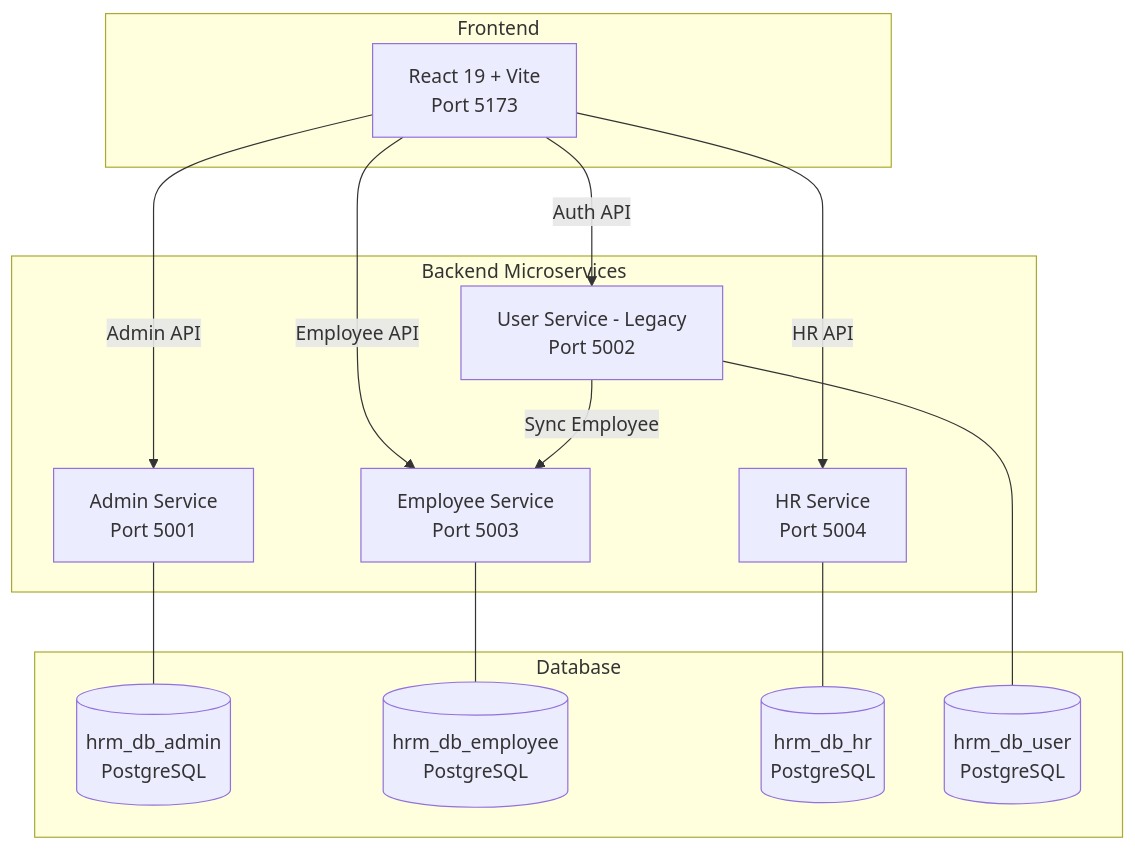
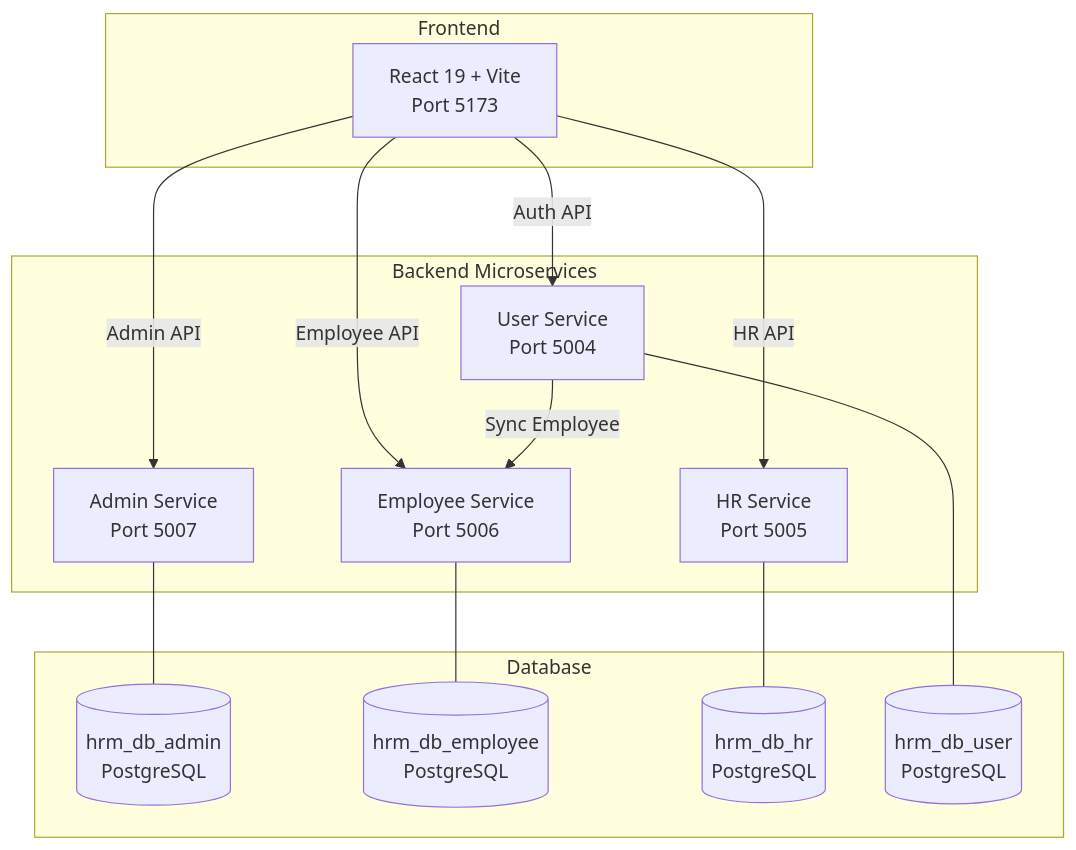
One commit to Affin-Ajanthan/HRM changed the diagram in README.md. Above: the diagram before and after it, drawn with Mermaid. The commit also changed other lines of this file and 38 other files, not shown here.

````diff
--- a/README.md
+++ b/README.md
@@ -9,31 +9,31 @@
 ```mermaid
 graph TB
     subgraph Frontend
         FE[React 19 + Vite<br/>Port 5173]
     end
 
     subgraph Backend Microservices
-        AS[Admin Service<br/>Port 5001]
-        ES[Employee Service<br/>Port 5003]
-        HS[HR Service<br/>Port 5004]
-        US[User Service - Legacy<br/>Port 5002]
+        AS[Admin Service<br/>Port 5007]
+        ES[Employee Service<br/>Port 5006]
+        HS[HR Service<br/>Port 5005]
+        US[User Service<br/>Port 5004]
     end
 
     subgraph Database
         DB0[(hrm_db_admin<br/>PostgreSQL)]
         DB1[(hrm_db_employee<br/>PostgreSQL)]
         DB2[(hrm_db_hr<br/>PostgreSQL)]
         DB3[(hrm_db_user<br/>PostgreSQL)]
     end
 
     FE -->|Admin API| AS
     FE -->|Auth API| US
     FE -->|Employee API| ES
     FE -->|HR API| HS
     US -->|Sync Employee| ES
 
     AS --- DB0
     ES --- DB1
     HS --- DB2
     US --- DB3
 ```
````
